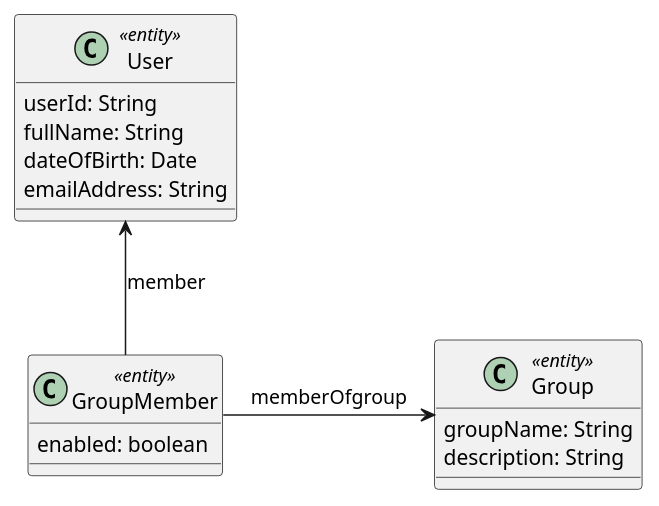
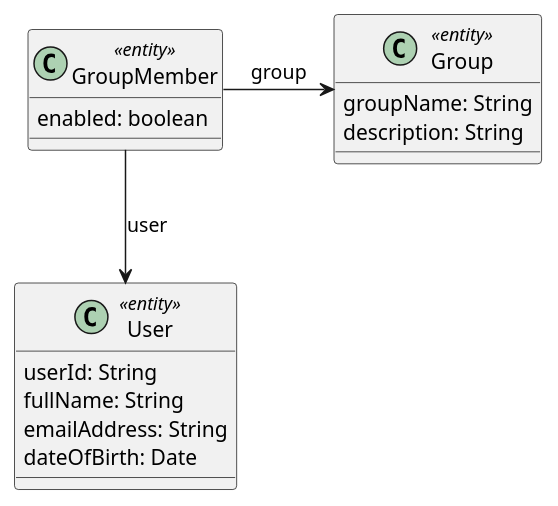
The diagram in src/docs/images/spring-data-rest-demo-data-model.puml (corneil/spring-data-rest-angular-demo), drawn with PlantUML before and after one commit. The commit also changed 6 other files, not shown here.

```diff
--- a/src/docs/images/spring-data-rest-demo-data-model.puml
+++ b/src/docs/images/spring-data-rest-demo-data-model.puml
@@ -1,20 +1,20 @@
 @startuml
 
 class User << entity >> {
     userId: String
     fullName: String
+    emailAddress: String
     dateOfBirth: Date
-    emailAddress: String
 }
 class Group << entity >> {
     groupName: String
     description: String
 }
 class GroupMember << entity >> {
     enabled: boolean
 }
 
-GroupMember -right-> Group: memberOfgroup
-GroupMember -up-> User: member
+GroupMember -right-> Group: group
+User <-up- GroupMember: user
 
 @enduml
```
